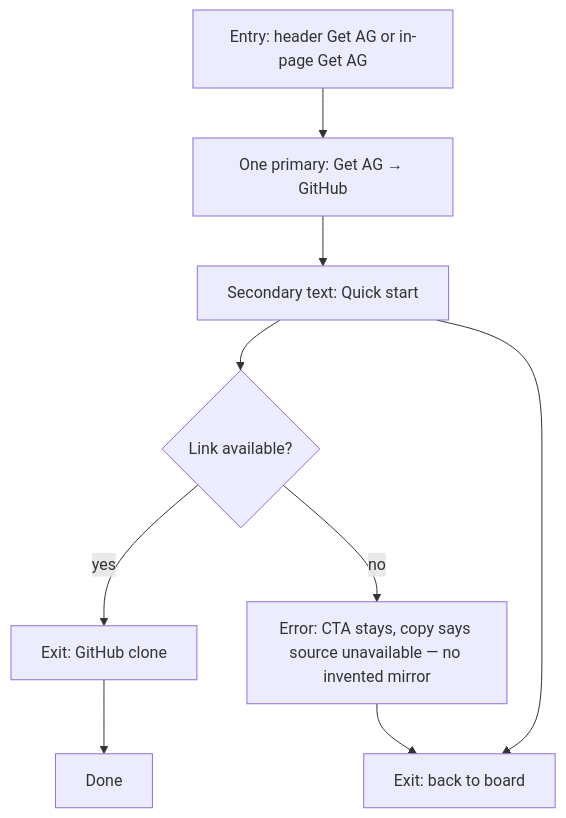
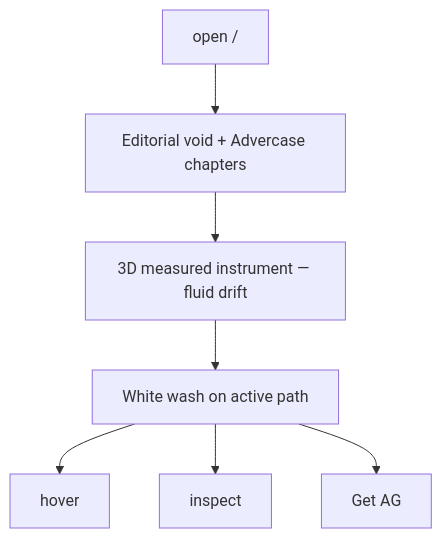
The diagram in dashboard/docs/ux/userflows.md (paulthorson/agentic-governance), drawn with Mermaid before and after one commit. The commit also changed other lines of this file and 15 other files, not shown here.

````diff
--- a/dashboard/docs/ux/userflows.md
+++ b/dashboard/docs/ux/userflows.md
@@ -81,11 +9,9 @@
 ```mermaid
 flowchart TD
-  E4[Entry: header Get AG or in-page Get AG] --> A1[One primary: Get AG → GitHub]
-  A1 --> A2[Secondary text: Quick start]
-  A2 --> A3{Link available?}
-  A3 -->|yes| A4[Exit: GitHub clone]
-  A3 -->|no| A5[Error: CTA stays, copy says source unavailable — no invented mirror]
-  A5 --> X1[Exit: back to board]
-  A4 --> X2[Done]
-  A2 --> X1
+  E[open /] --> V[Editorial void + Advercase chapters]
+  V --> I[3D measured instrument — fluid drift]
+  I --> P[White wash on active path]
+  P --> X1[hover]
+  P --> X2[inspect]
+  P --> X3[Get AG]
 ```
````
